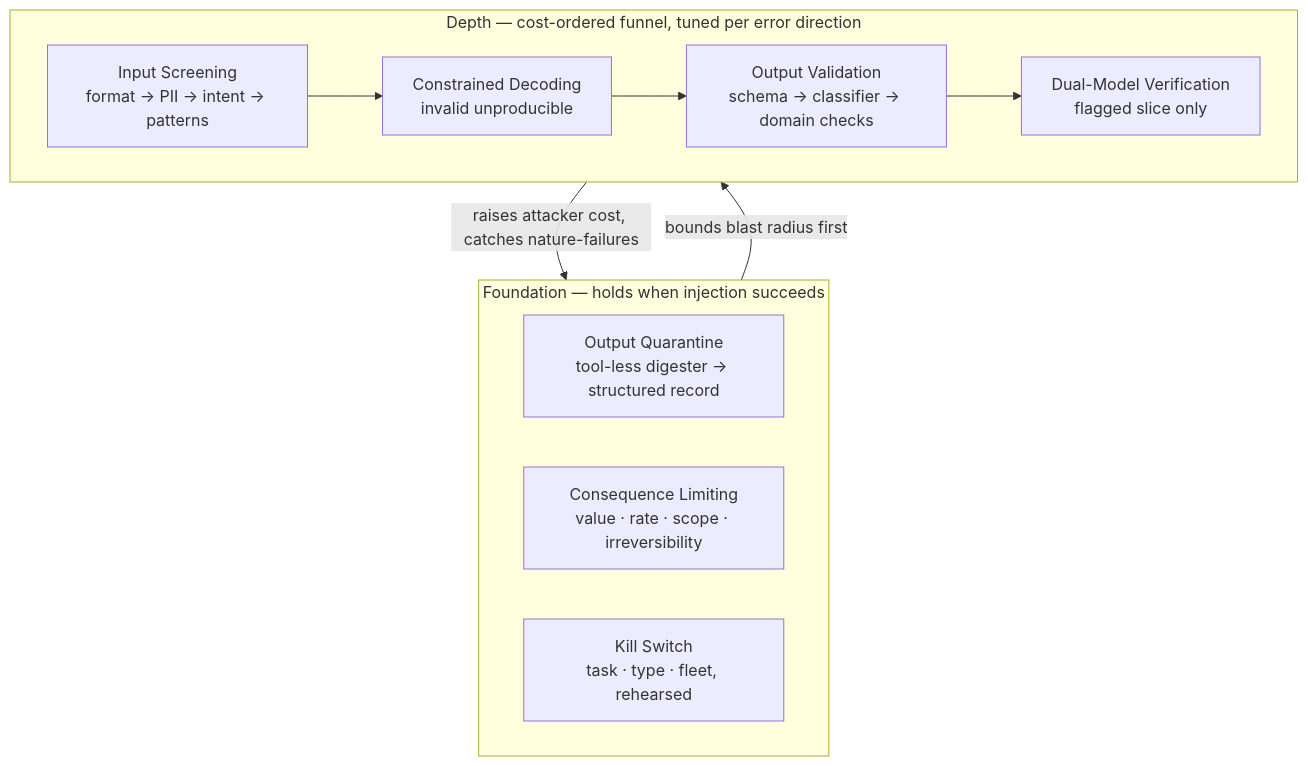
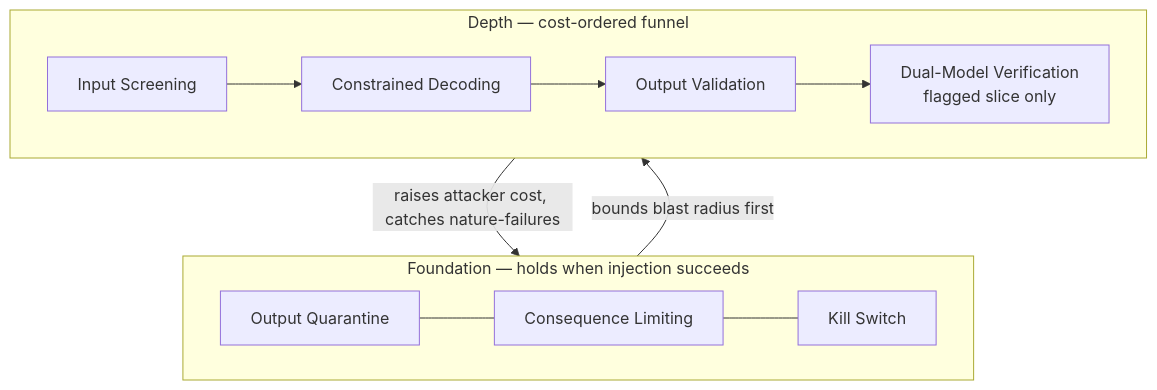
The diagram in curriculum/part-7-enterprise-ai-architecture-patterns/chapter-06-safety-guardrail-patterns.md (sivakrushna-works/GSAC), drawn with Mermaid before and after one commit. The commit also changed other lines of this file and 8 other files, not shown here.

````diff
--- a/curriculum/part-7-enterprise-ai-architecture-patterns/chapter-06-safety-guardrail-patterns.md
+++ b/curriculum/part-7-enterprise-ai-architecture-patterns/chapter-06-safety-guardrail-patterns.md
@@ -126,17 +124,11 @@
 ```mermaid
 flowchart TB
     subgraph ARCH [Foundation — holds when injection succeeds]
-        QUAR[Output Quarantine<br/>tool-less digester → structured record]
-        LIM[Consequence Limiting<br/>value · rate · scope · irreversibility]
-        KILL[Kill Switch<br/>task · type · fleet, rehearsed]
+        QUAR[Output Quarantine] --- LIM[Consequence Limiting] --- KILL[Kill Switch]
     end
-    subgraph DET [Depth — cost-ordered funnel, tuned per error direction]
-        IN[Input Screening<br/>format → PII → intent → patterns]
-        CD[Constrained Decoding<br/>invalid unproducible]
-        OV[Output Validation<br/>schema → classifier → domain checks]
-        DV[Dual-Model Verification<br/>flagged slice only]
+    subgraph DET [Depth — cost-ordered funnel]
+        IN[Input Screening] --> CD[Constrained Decoding] --> OV[Output Validation] --> DV[Dual-Model Verification<br/>flagged slice only]
     end
-    IN --> CD --> OV --> DV
     ARCH -->|bounds blast radius first| DET
     DET -->|raises attacker cost, catches nature-failures| ARCH
 ```
````
